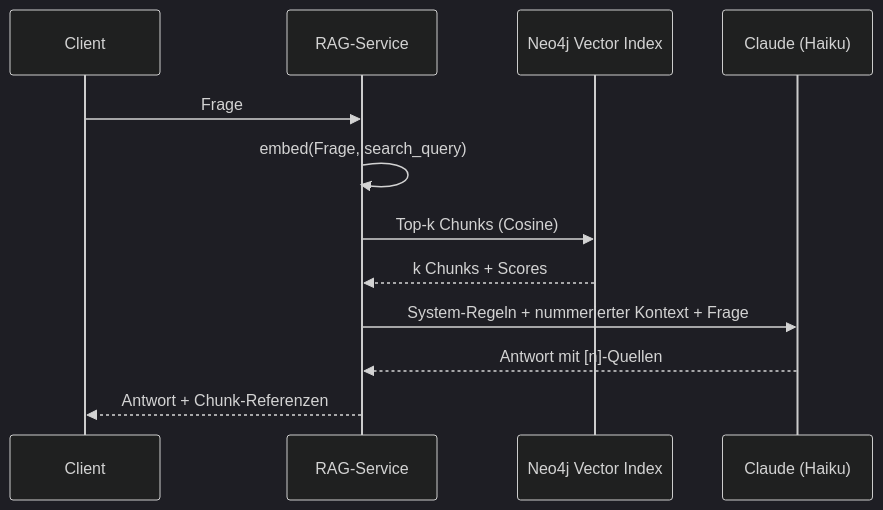
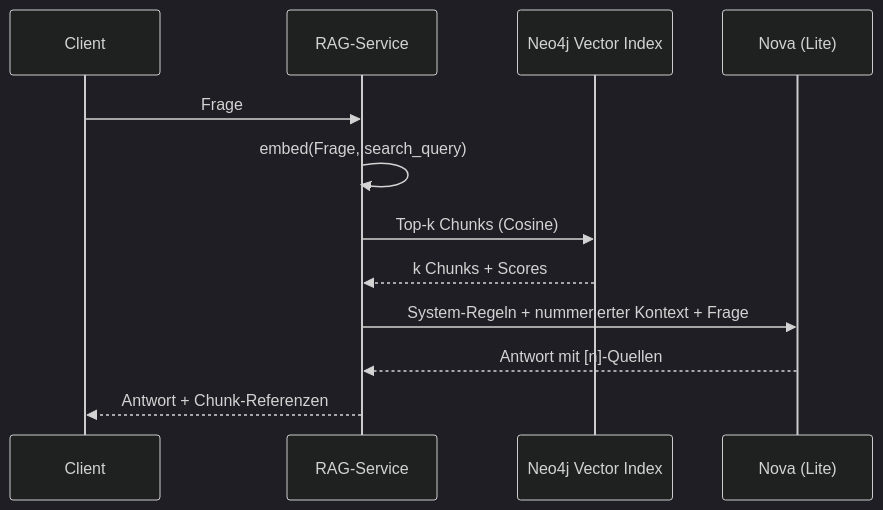
Before and after one commit to AndreyBulezyuk/Architecting_AI_Ready_Software: the second of 2 diagrams in tag-2/02-dokumentenpipeline-embeddings/theorie.md, drawn with Mermaid (dark theme). The commit also changed other lines of this file and 16 other files, not shown here.

````diff
--- a/tag-2/02-dokumentenpipeline-embeddings/theorie.md
+++ b/tag-2/02-dokumentenpipeline-embeddings/theorie.md
@@ -101,14 +101,14 @@
 ```mermaid
 sequenceDiagram
     participant U as Client
     participant R as RAG-Service
     participant V as Neo4j Vector Index
-    participant L as Claude (Haiku)
+    participant L as Nova (Lite)
     U->>R: Frage
     R->>R: embed(Frage, search_query)
     R->>V: Top-k Chunks (Cosine)
     V-->>R: k Chunks + Scores
     R->>L: System-Regeln + nummerierter Kontext + Frage
     L-->>R: Antwort mit [n]-Quellen
     R-->>U: Antwort + Chunk-Referenzen
 ```
````
